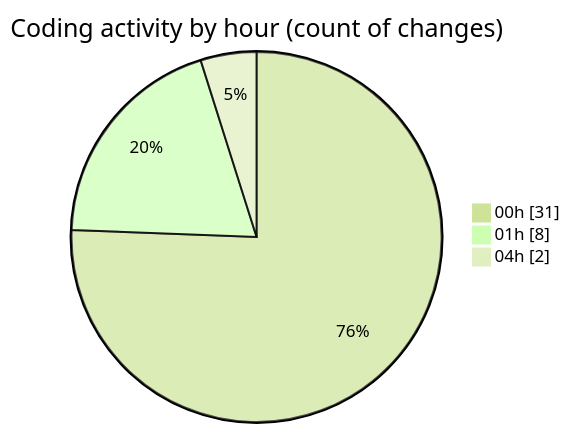
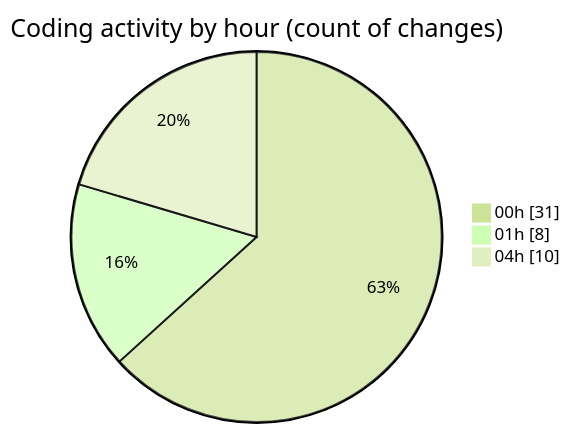
The second of 2 diagrams in 2025-10-28/usr_aleoudev_fr__workspace_/README.md (julien-gomy/code-tracking), drawn with Mermaid (forest theme) before and after one commit. The commit also changed other lines of this file and 1 other file, not shown here.

````diff
--- a/2025-10-28/usr_aleoudev_fr__workspace_/README.md
+++ b/2025-10-28/usr_aleoudev_fr__workspace_/README.md
@@ -32,7 +33,7 @@
 ```mermaid
 pie showData
 title Coding activity by hour (count of changes)
 "00h" : 31
 "01h" : 8
-"04h" : 2
+"04h" : 10
 ```
````
